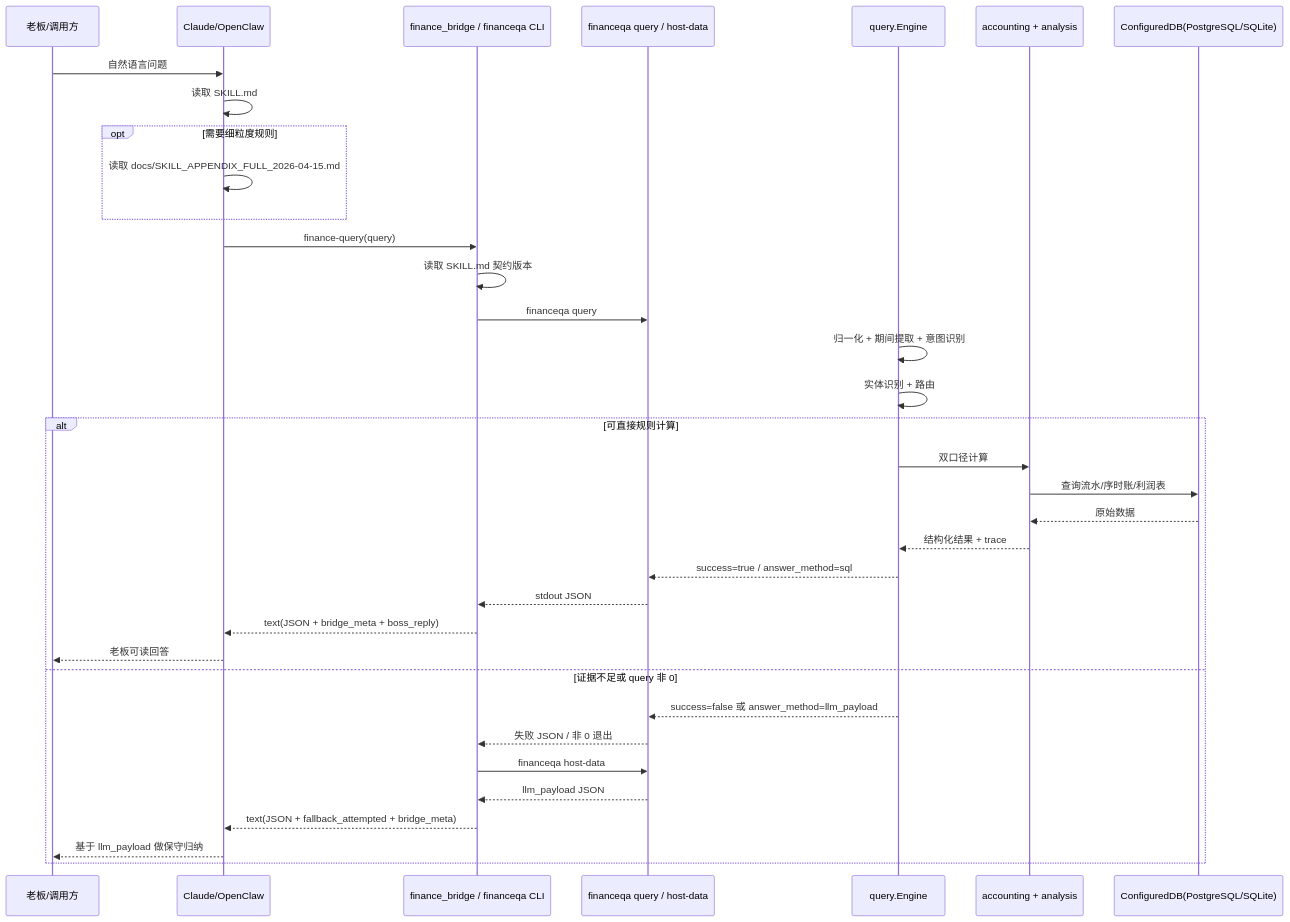
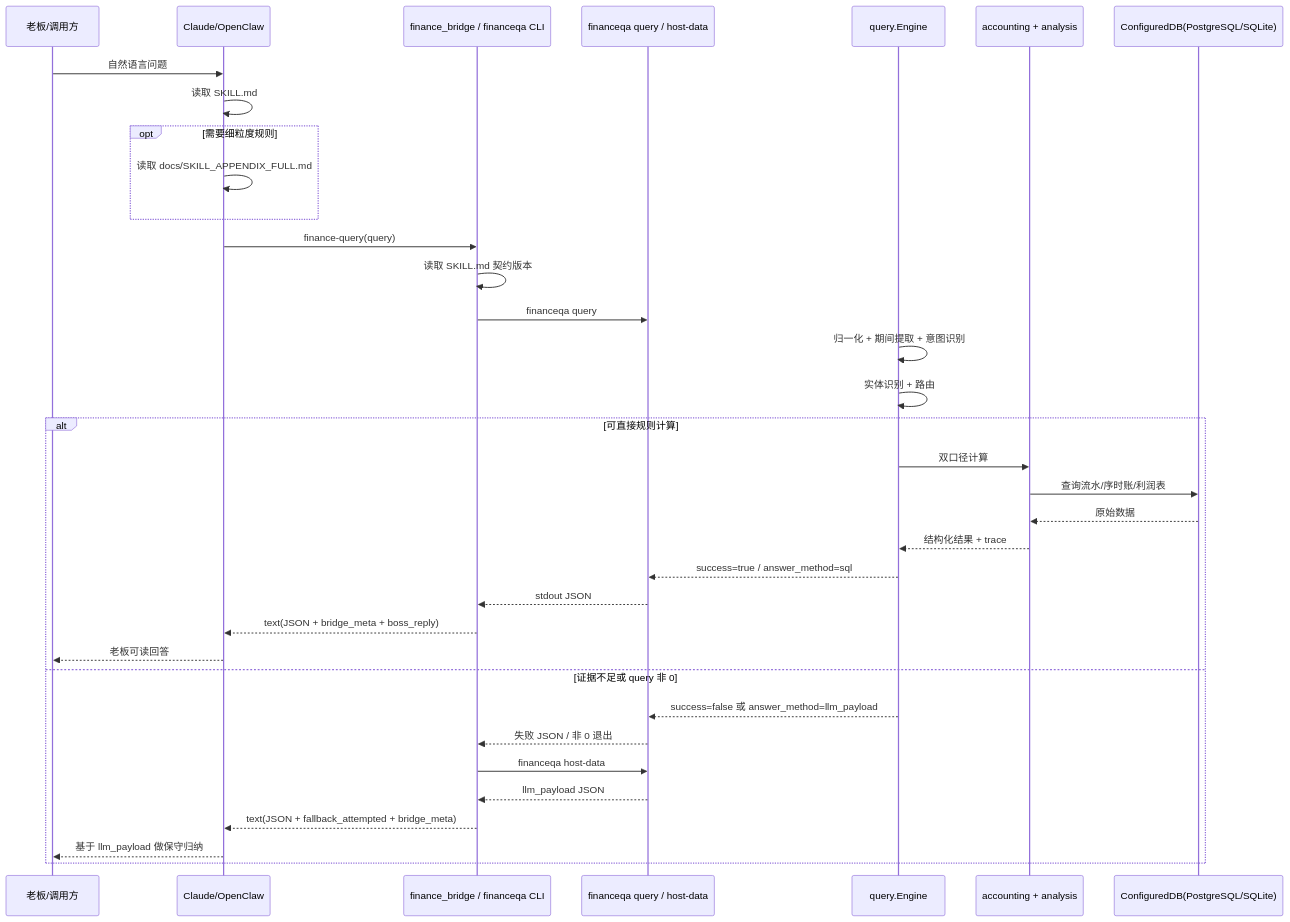
Before and after one commit to Asklear/finance_qa: the diagram in docs/architecture/02-query-sequence.md, drawn with Mermaid. The commit also changed 11 other files, not shown here.

Commit message:
docs(skill): slim host contract and rename appendix

````diff
--- a/docs/architecture/02-query-sequence.md
+++ b/docs/architecture/02-query-sequence.md
@@ -3,38 +3,38 @@
 ```mermaid
 sequenceDiagram
     participant Boss as 老板/调用方
     participant Host as Claude/OpenClaw
     participant Bridge as finance_bridge / financeqa CLI
     participant CLI as financeqa query / host-data
     participant Eng as query.Engine
     participant Calc as accounting + analysis
     participant DB as ConfiguredDB(PostgreSQL/SQLite)
 
     Boss->>Host: 自然语言问题
     Host->>Host: 读取 SKILL.md
     opt 需要细粒度规则
-        Host->>Host: 读取 docs/SKILL_APPENDIX_FULL_2026-04-15.md
+        Host->>Host: 读取 docs/SKILL_APPENDIX_FULL.md
     end
     Host->>Bridge: finance-query(query)
     Bridge->>Bridge: 读取 SKILL.md 契约版本
     Bridge->>CLI: financeqa query
     Eng->>Eng: 归一化 + 期间提取 + 意图识别
     Eng->>Eng: 实体识别 + 路由
     alt 可直接规则计算
         Eng->>Calc: 双口径计算
         Calc->>DB: 查询流水/序时账/利润表
         DB-->>Calc: 原始数据
         Calc-->>Eng: 结构化结果 + trace
         Eng-->>CLI: success=true / answer_method=sql
         CLI-->>Bridge: stdout JSON
         Bridge-->>Host: text(JSON + bridge_meta + boss_reply)
         Host-->>Boss: 老板可读回答
     else 证据不足或 query 非 0
         Eng-->>CLI: success=false 或 answer_method=llm_payload
         CLI-->>Bridge: 失败 JSON / 非 0 退出
         Bridge->>CLI: financeqa host-data
         CLI-->>Bridge: llm_payload JSON
         Bridge-->>Host: text(JSON + fallback_attempted + bridge_meta)
         Host-->>Boss: 基于 llm_payload 做保守归纳
     end
 ```
````
